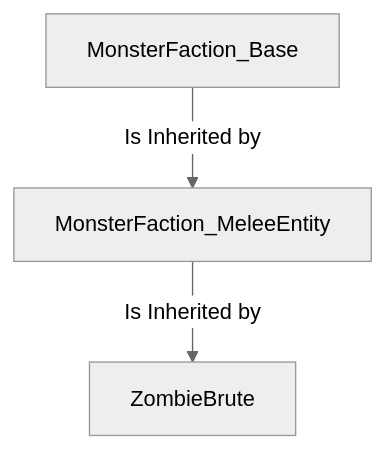
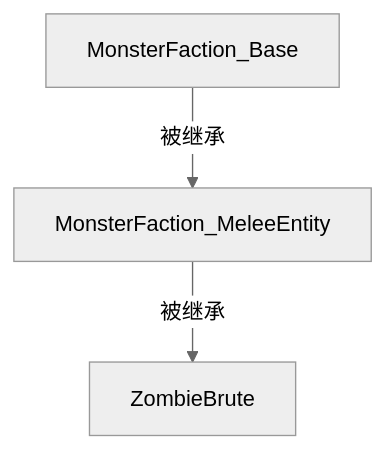
One commit to woshiermuqwq/wiki changed the second of 3 diagrams in Mobs/Templates.md. Above: the diagram before and after it, drawn with Mermaid (neutral theme). The commit also changed other lines of this file and 1 other file, not shown here.

````diff
--- a/Mobs/Templates.md
+++ b/Mobs/Templates.md
@@ -263,4 +261,4 @@
 ```mermaid
 flowchart TD
-    A[MonsterFaction_Base] -->|Is Inherited by| B[MonsterFaction_MeleeEntity] -->|Is Inherited by| C[ZombieBrute]
+    A[MonsterFaction_Base] -->|被继承| B[MonsterFaction_MeleeEntity] -->|被继承| C[ZombieBrute]
 ```
````
